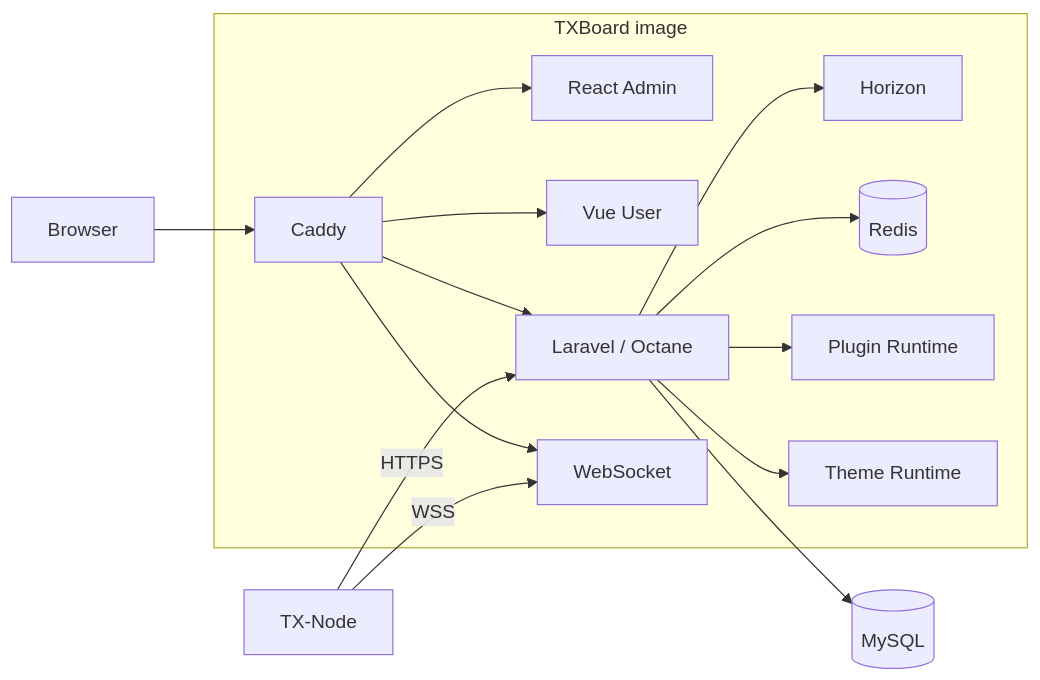
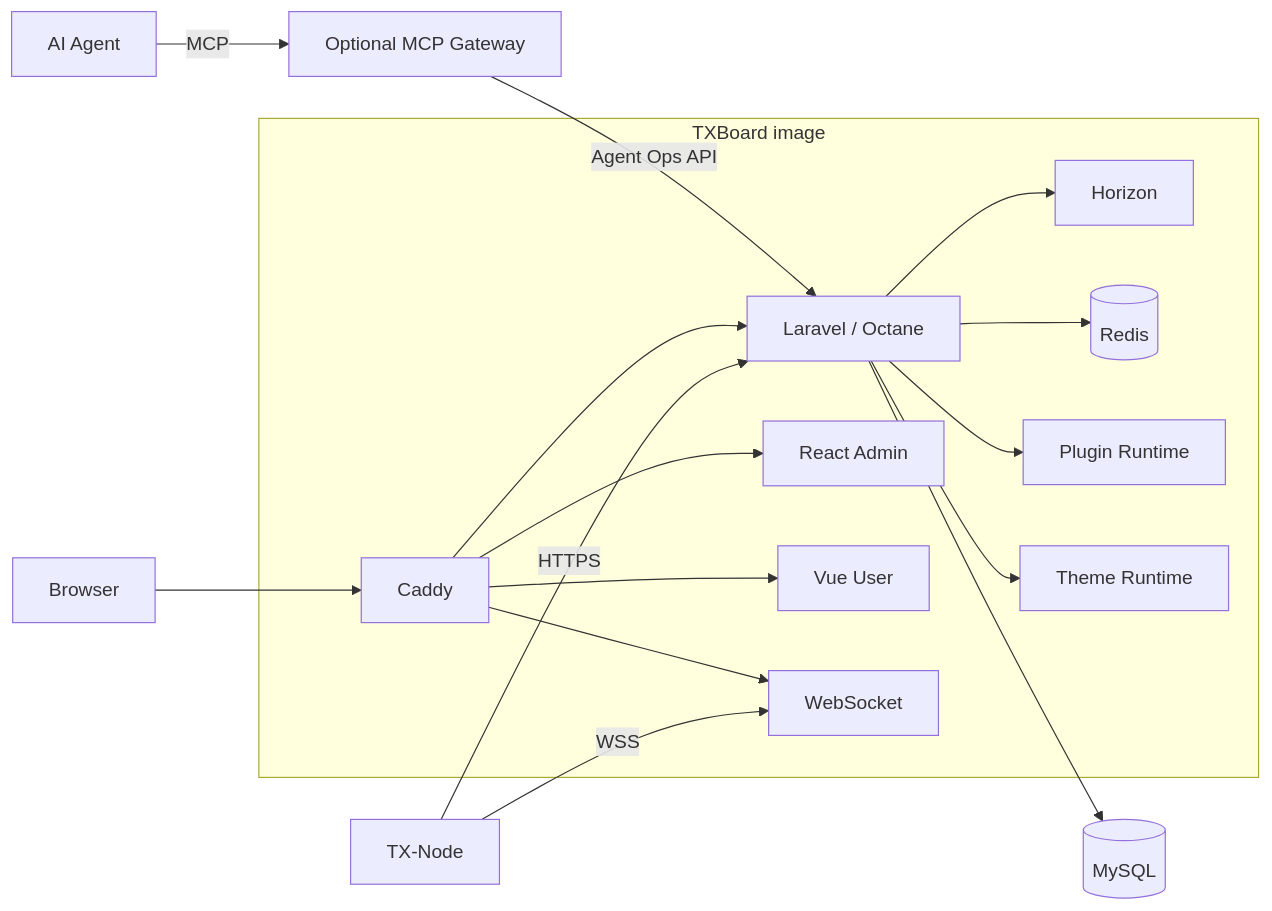
The diagram in docs/architecture/README.md (ANRCM0/TXBoard), drawn with Mermaid before and after one commit. The commit also changed other lines of this file, not shown here.

Commit message:
docs: link Agent Ops architecture

````diff
--- a/docs/architecture/README.md
+++ b/docs/architecture/README.md
@@ -7,19 +7,21 @@
 ```mermaid
 flowchart LR
     Browser --> Caddy
+    AIAgent["AI Agent"] -->|MCP| MCP["Optional MCP Gateway"]
+    MCP -->|Agent Ops API| API
 
     subgraph Image["TXBoard image"]
         Caddy --> Admin[React Admin]
         Caddy --> User[Vue User]
         Caddy --> API[Laravel / Octane]
         Caddy --> WS[WebSocket]
         API --> Horizon
         API --> Redis[(Redis)]
         API --> Plugin[Plugin Runtime]
         API --> Theme[Theme Runtime]
     end
 
     API --> DB[(MySQL)]
-    Agent[TX-Node] -->|HTTPS| API
-    Agent -->|WSS| WS
+    Node[TX-Node] -->|HTTPS| API
+    Node -->|WSS| WS
 ```
````
